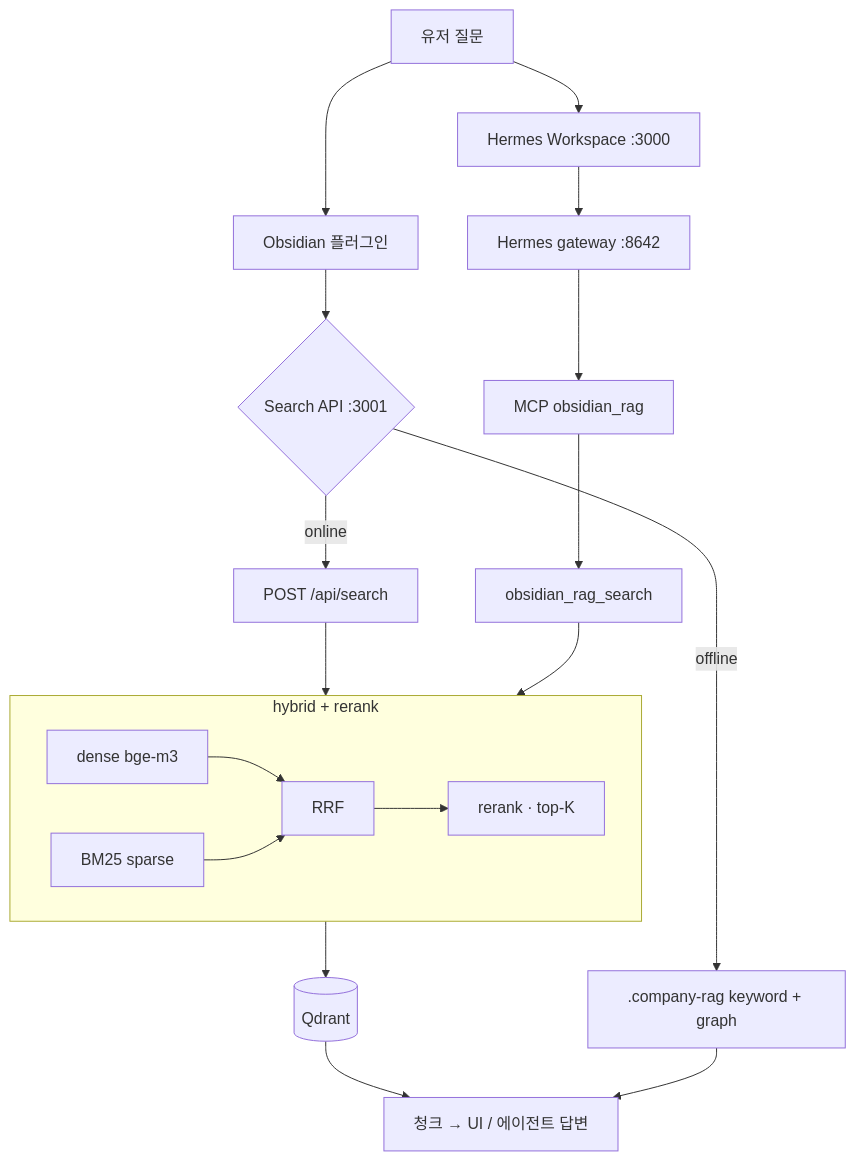
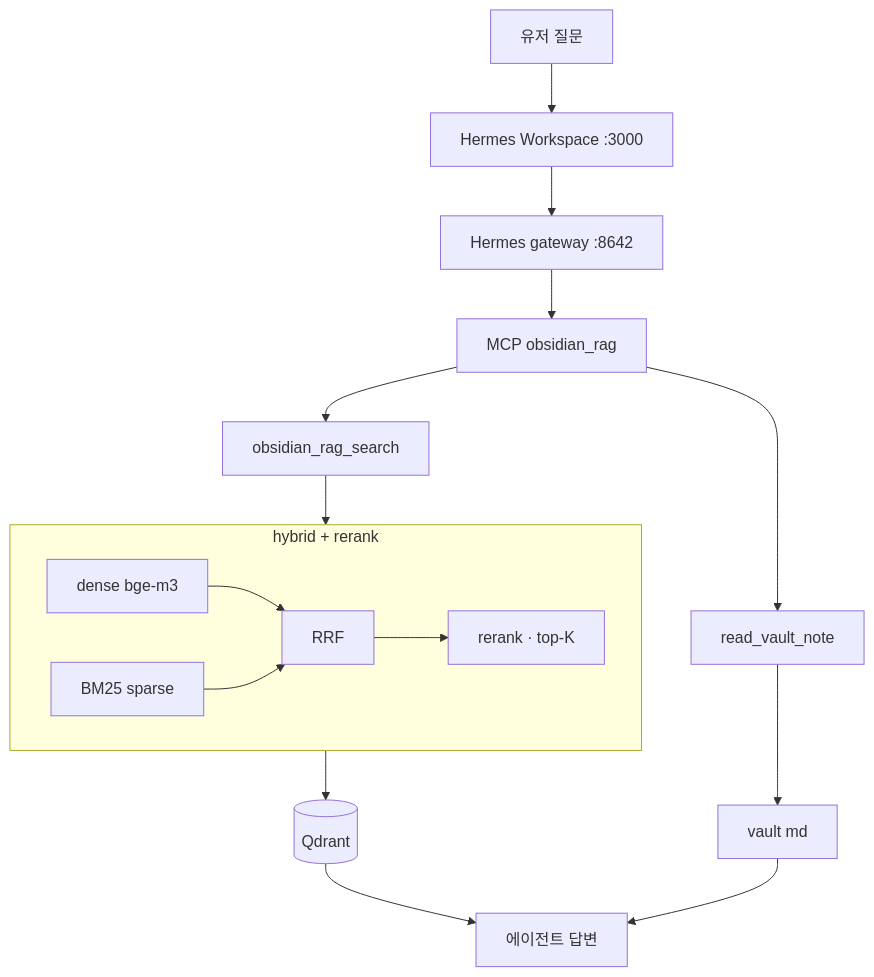
Before and after one commit to LEEHEEWON123/obsidian_chat_bot: the second of 2 diagrams in README.md, drawn with Mermaid. The commit also changed other lines of this file and 25 other files, not shown here.

First line of the commit message:
Remove Next.js search API; Hermes + MCP only.

````diff
--- a/README.md
+++ b/README.md
@@ -74,26 +67,20 @@
 ```mermaid
 flowchart TD
-  U[유저 질문] --> OBS[Obsidian 플러그인]
-  U --> WEB[Hermes Workspace :3000]
-
-  OBS --> API{Search API :3001}
-  API -->|online| S[POST /api/search]
-  API -->|offline| OFF[.company-rag keyword + graph]
-
+  U[유저 질문] --> WEB[Hermes Workspace :3000]
   WEB --> GW[Hermes gateway :8642]
   GW --> MCP[MCP obsidian_rag]
-  MCP --> S2[obsidian_rag_search]
+  MCP --> S[obsidian_rag_search]
+  MCP --> R[read_vault_note]
 
   S --> H
-  S2 --> H
-
   subgraph H[hybrid + rerank]
     D[dense bge-m3] --> RRF[RRF]
     B[BM25 sparse] --> RRF
     RRF --> RR[rerank · top-K]
   end
 
   H --> Q[(Qdrant)]
-  Q --> OUT[청크 → UI / 에이전트 답변]
-  OFF --> OUT
+  R --> V[vault md]
+  Q --> OUT[에이전트 답변]
+  V --> OUT
 ```
````
